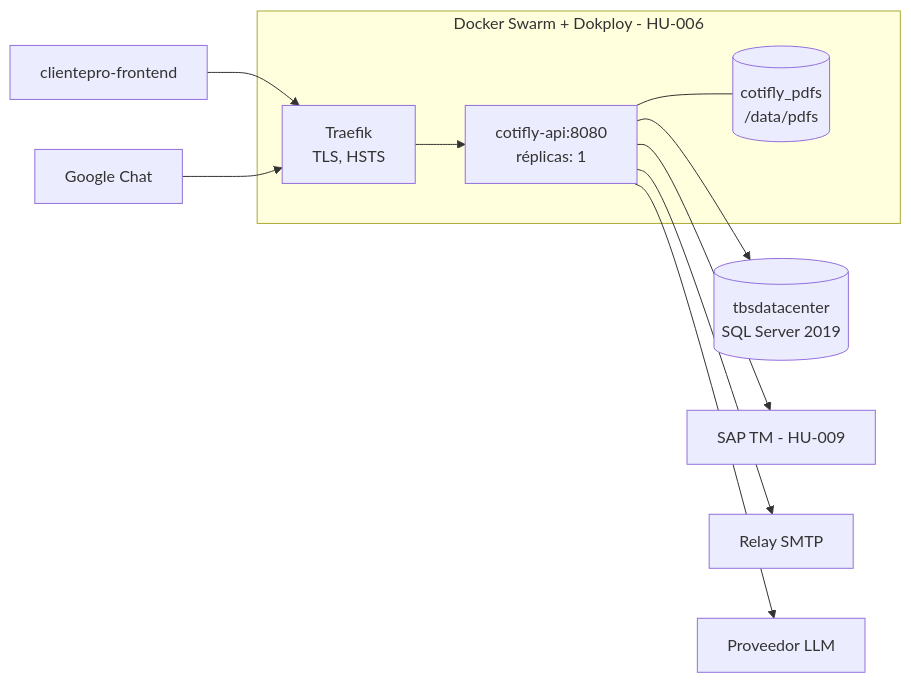
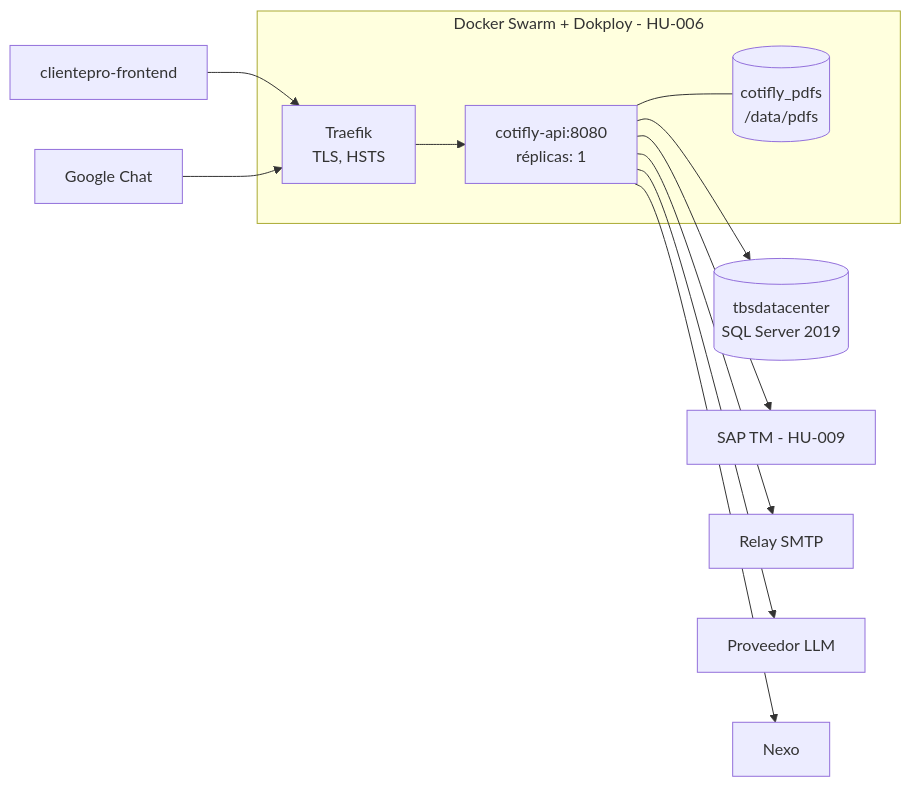
The diagram in backend-dotnet/docs/03-infraestructura.md (InnovacionIA-proyectos/Cotifly), drawn with Mermaid before and after one commit. The commit also changed other lines of this file and 9 other files, not shown here.

````diff
--- a/backend-dotnet/docs/03-infraestructura.md
+++ b/backend-dotnet/docs/03-infraestructura.md
@@ -276,13 +293,14 @@
 ```mermaid
 flowchart LR
     subgraph swarm[Docker Swarm + Dokploy - HU-006]
         traefik[Traefik<br/>TLS, HSTS] --> api[cotifly-api:8080<br/>réplicas: 1]
         api --- vol[(cotifly_pdfs<br/>/data/pdfs)]
     end
     front[clientepro-frontend] --> traefik
     google[Google Chat] --> traefik
     api --> sqlsrv[(tbsdatacenter<br/>SQL Server 2019)]
     api --> sapnet[SAP TM - HU-009]
     api --> relay[Relay SMTP]
     api --> proveedor[Proveedor LLM]
+    api --> nexo[Nexo]
 ```
````
